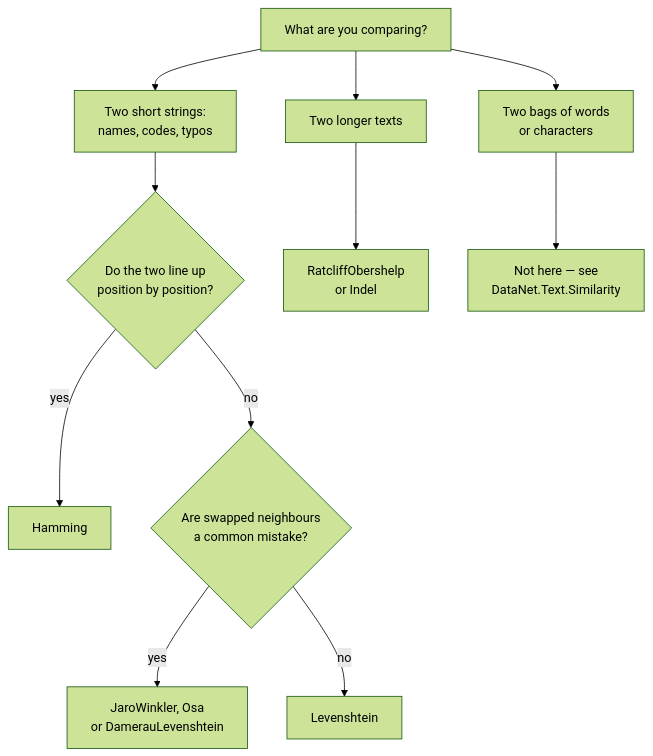
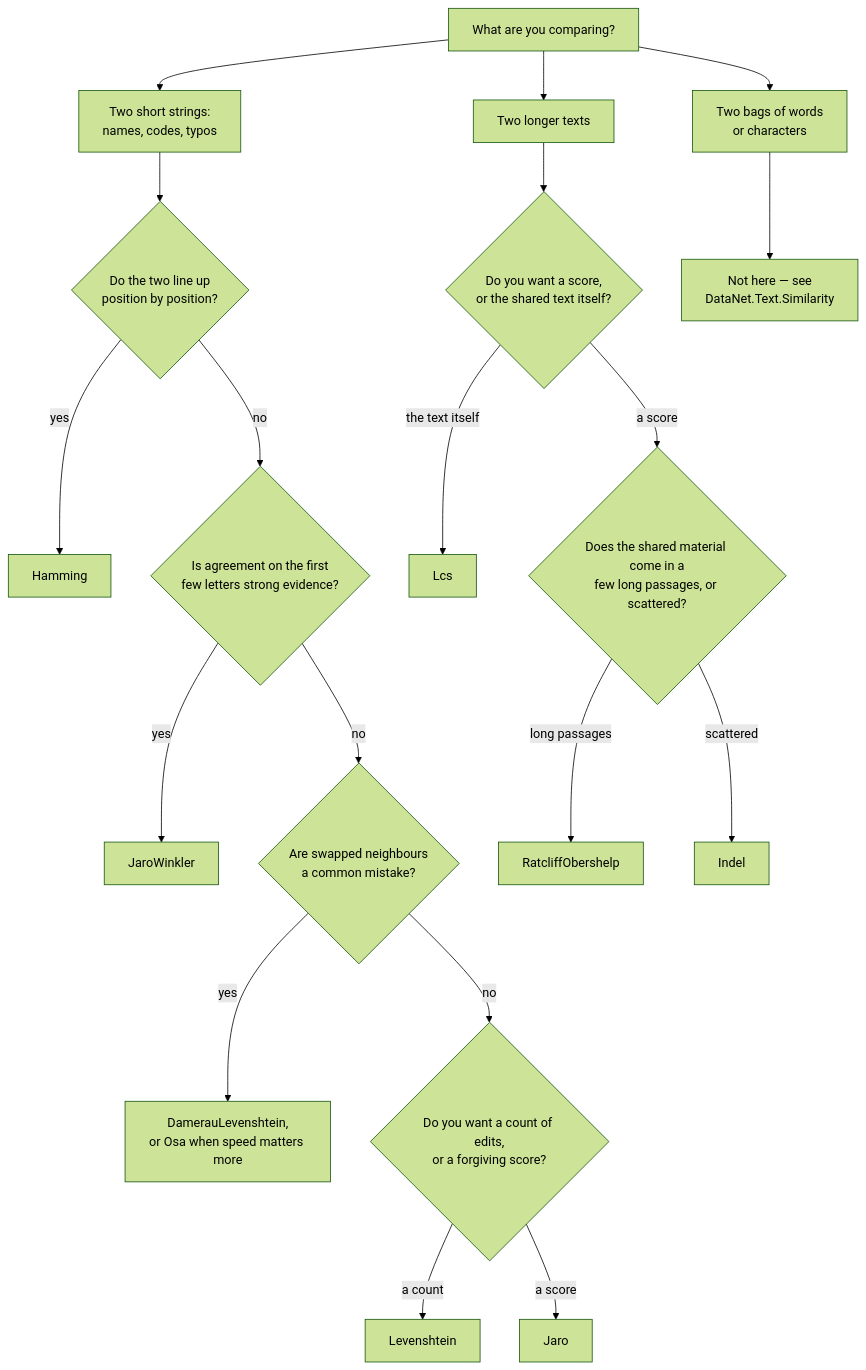
The diagram in docs/reference/text/distances.md (CyrilB1531/data.net), drawn with Mermaid (forest theme) before and after one commit. The commit also changed other lines of this file and 1 other file, not shown here.

Commit message:
Correct the metric claim, and separate Indel from RatcliffObershelp

````diff
--- a/docs/reference/text/distances.md
+++ b/docs/reference/text/distances.md
@@ -27,13 +32,21 @@
 ```mermaid
 flowchart TD
     A["What are you comparing?"] --> B["Two short strings:<br/>names, codes, typos"]
     A --> C["Two longer texts"]
     A --> D["Two bags of words<br/>or characters"]
     B --> E{"Do the two line up<br/>position by position?"}
     E -->|yes| F["Hamming"]
-    E -->|no| G{"Are swapped neighbours<br/>a common mistake?"}
-    G -->|yes| H["JaroWinkler, Osa<br/>or DamerauLevenshtein"]
-    G -->|no| I["Levenshtein"]
-    C --> J["RatcliffObershelp<br/>or Indel"]
-    D --> K["Not here — see<br/>DataNet.Text.Similarity"]
+    E -->|no| G{"Is agreement on the first<br/>few letters strong evidence?"}
+    G -->|yes| H["JaroWinkler"]
+    G -->|no| I{"Are swapped neighbours<br/>a common mistake?"}
+    I -->|yes| J["DamerauLevenshtein,<br/>or Osa when speed matters more"]
+    I -->|no| K{"Do you want a count of edits,<br/>or a forgiving score?"}
+    K -->|a count| L["Levenshtein"]
+    K -->|a score| M["Jaro"]
+    C --> N{"Do you want a score,<br/>or the shared text itself?"}
+    N -->|the text itself| O["Lcs"]
+    N -->|a score| P{"Does the shared material come in a<br/>few long passages, or scattered?"}
+    P -->|long passages| Q["RatcliffObershelp"]
+    P -->|scattered| R["Indel"]
+    D --> S["Not here — see<br/>DataNet.Text.Similarity"]
 ```
````
